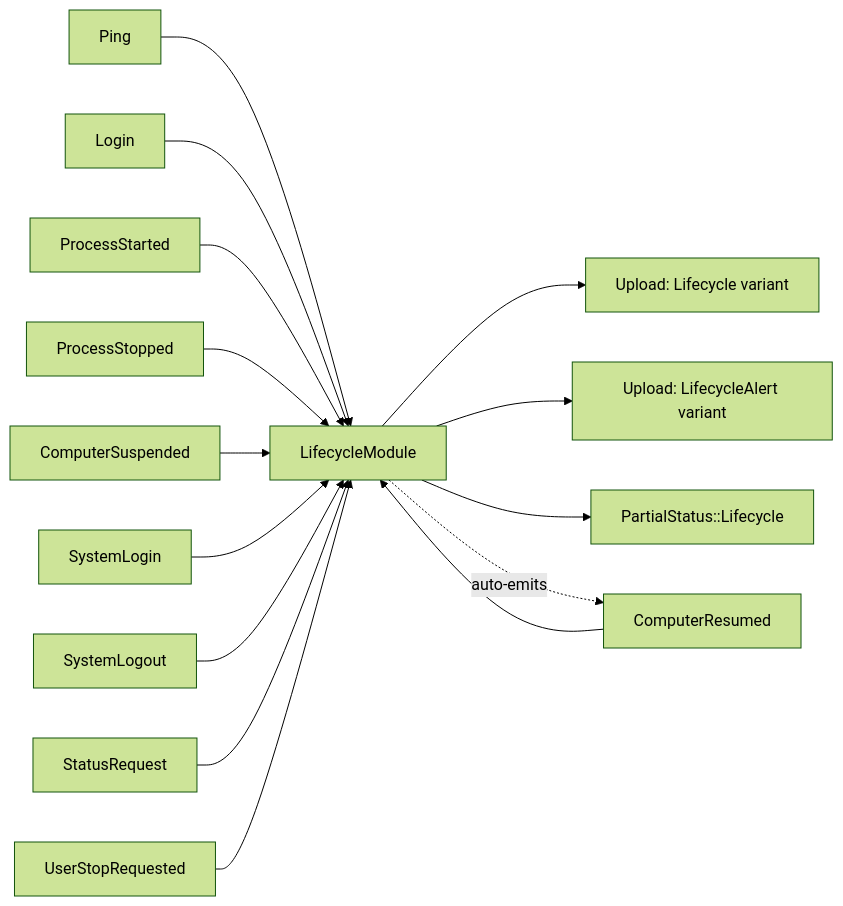
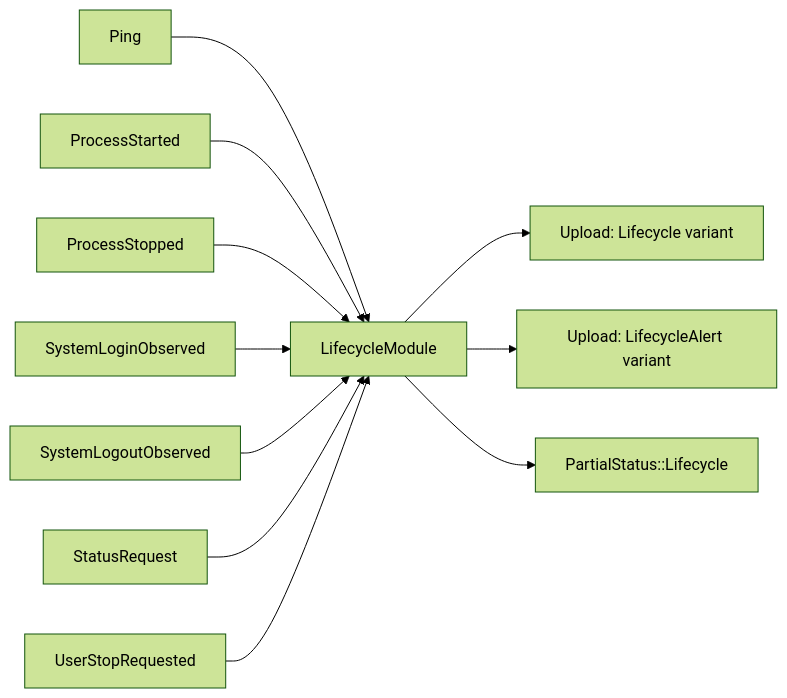
The first of 3 diagrams in landing/src/content/help/developer/lifecycle.md (virtue-initiative/virtue-initiative), drawn with Mermaid (forest theme) before and after one commit. The commit also changed other lines of this file and 42 other files, not shown here.

````diff
--- a/landing/src/content/help/developer/lifecycle.md
+++ b/landing/src/content/help/developer/lifecycle.md
@@ -21,20 +21,16 @@
 ```mermaid
 flowchart LR
     Ping --> Module
-    Login --> Module
     ProcessStarted --> Module
     ProcessStopped --> Module
-    ComputerSuspended --> Module
-    ComputerResumed --> Module
-    SystemLogin --> Module
-    SystemLogout --> Module
+    SystemLoginObserved --> Module
+    SystemLogoutObserved --> Module
     StatusRequest --> Module
     UserStopRequested --> Module
 
     Module[LifecycleModule]
 
     Module --> UploadLifecycle[Upload: Lifecycle variant]
     Module --> UploadAlert[Upload: LifecycleAlert variant]
     Module --> PartialStatus[PartialStatus::Lifecycle]
-    Module -. auto-emits .-> ComputerResumed
 ```
````
